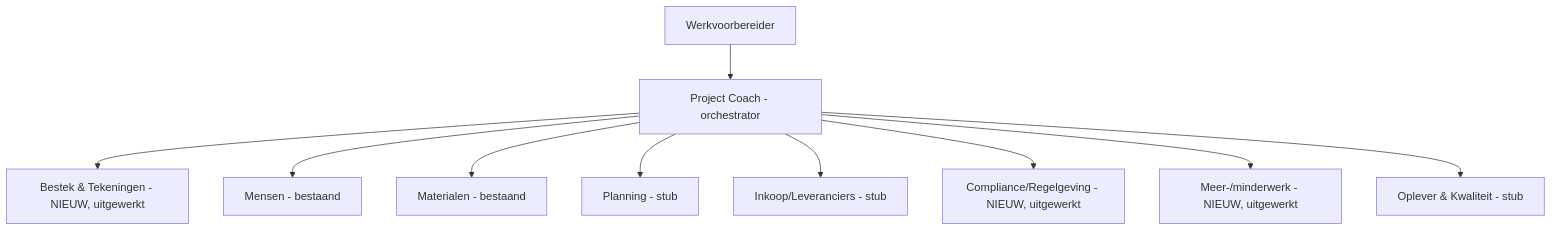
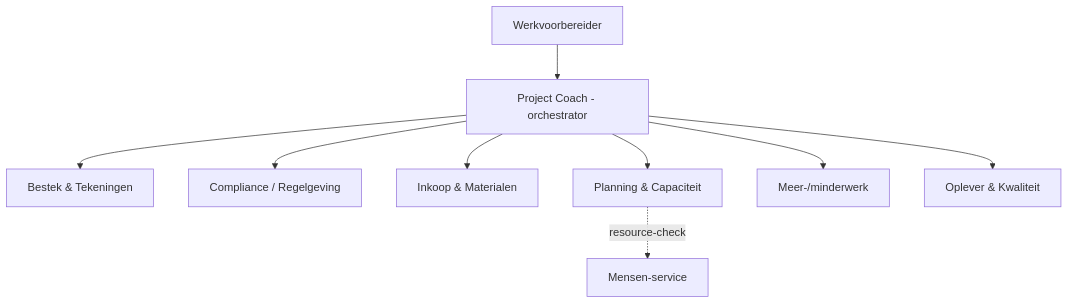
The diagram in referentie/README.md (basvb1992/werkvoorbereider-agent-blueprint), drawn with Mermaid before and after one commit. The commit also changed other lines of this file and 16 other files, not shown here.

Commit message:
Refactor architectuur: 8->6 kern-sub-agents (Materialen+Inkoop samengevoegd) + Mensen als herbruikbare service; decompositie op WVB-domein + verantwoording

````diff
--- a/referentie/README.md
+++ b/referentie/README.md
@@ -29,12 +27,11 @@
 ```mermaid
 flowchart TD
   WVB[Werkvoorbereider] --> PC[Project Coach - orchestrator]
-  PC --> BA[Bestek & Tekeningen - NIEUW, uitgewerkt]
-  PC --> ME[Mensen - bestaand]
-  PC --> MA[Materialen - bestaand]
-  PC --> PL[Planning - stub]
-  PC --> IN[Inkoop/Leveranciers - stub]
-  PC --> CO[Compliance/Regelgeving - NIEUW, uitgewerkt]
-  PC --> MM[Meer-/minderwerk - NIEUW, uitgewerkt]
-  PC --> OP[Oplever & Kwaliteit - stub]
+  PC --> BA[Bestek & Tekeningen]
+  PC --> CO[Compliance / Regelgeving]
+  PC --> IM[Inkoop & Materialen]
+  PC --> PL[Planning & Capaciteit]
+  PC --> MM[Meer-/minderwerk]
+  PC --> OP[Oplever & Kwaliteit]
+  PL -. resource-check .-> ME[Mensen-service]
 ```
````
